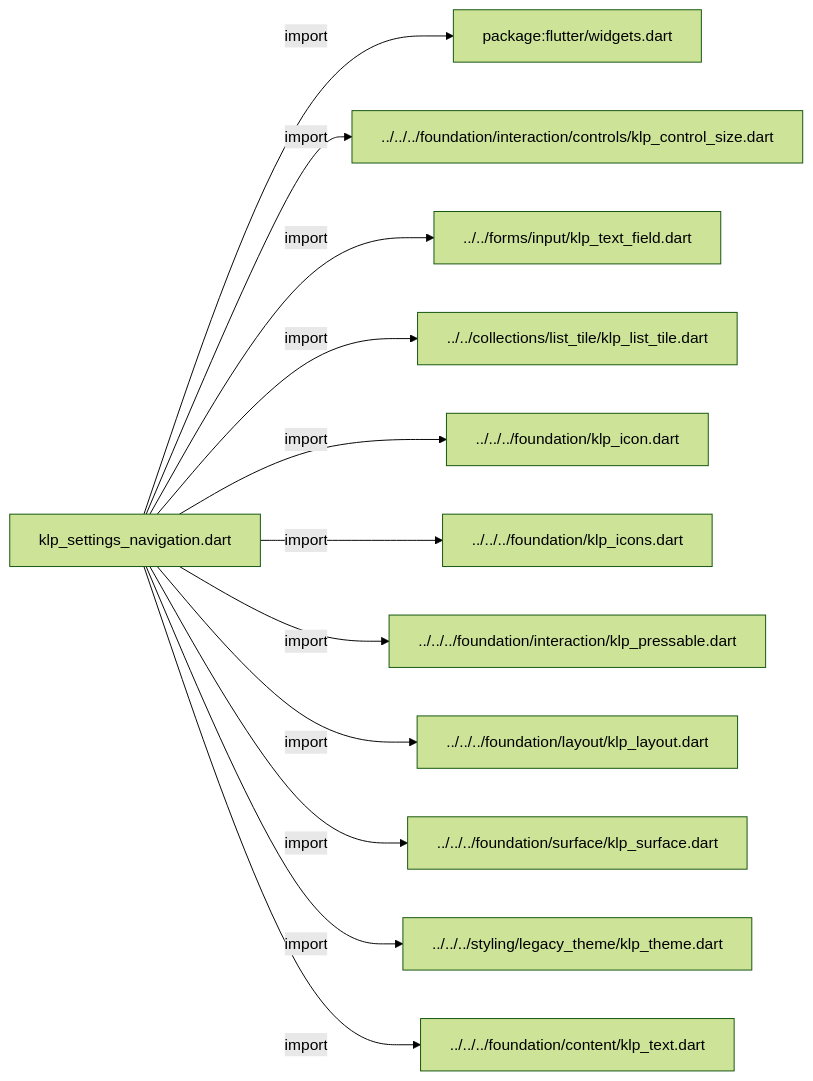
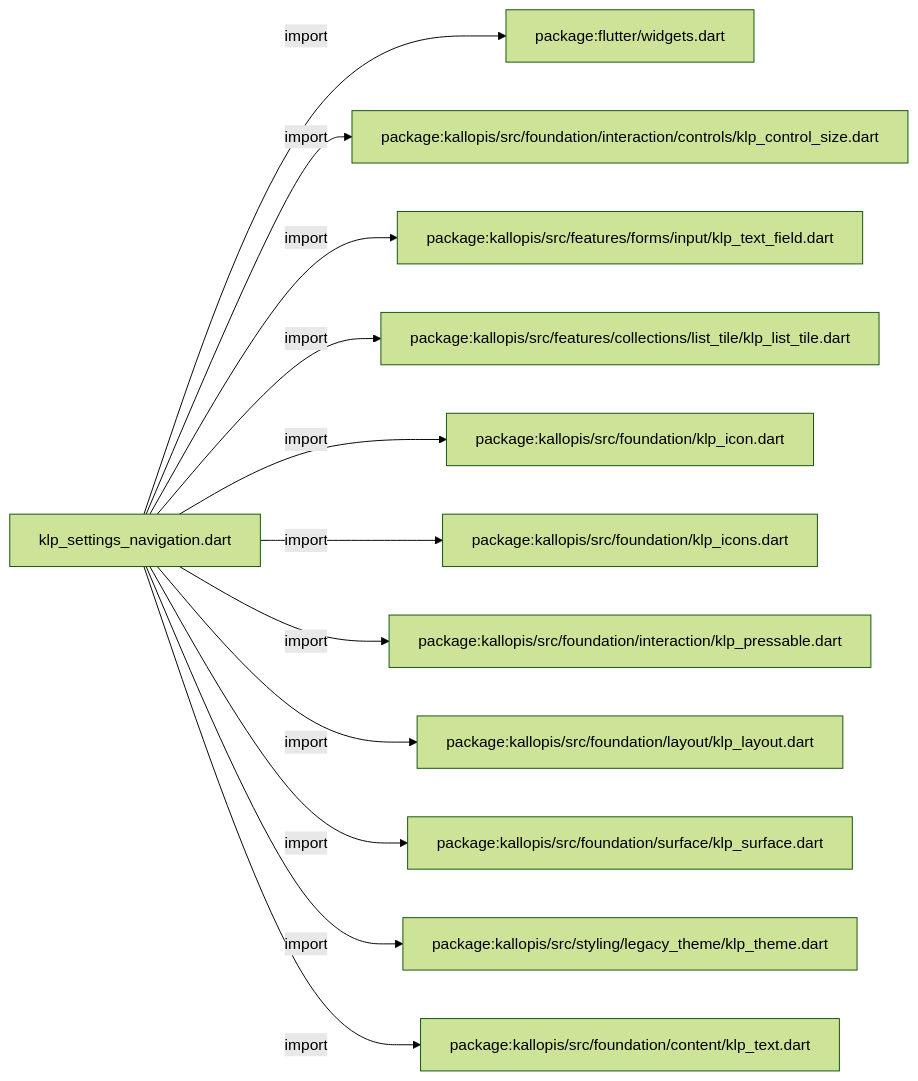
One commit to MiuDog/Kallopis changed the first of 2 diagrams in docs/architecture/src/features/workspace/settings/klp_settings_navigation.md. Above: the diagram before and after it, drawn with Mermaid (forest theme). The commit also changed other lines of this file and 9688 other files, not shown here.

Commit message:
Prepare isolated Flow F2 peer baseline

````diff
--- a/docs/architecture/src/features/workspace/settings/klp_settings_navigation.md
+++ b/docs/architecture/src/features/workspace/settings/klp_settings_navigation.md
@@ -11,26 +11,26 @@
 ```mermaid
 flowchart LR
 	n0["klp_settings_navigation.dart"]
 	n1["package:flutter/widgets.dart"]
-	n2["../../../foundation/interaction/controls/klp_control_size.dart"]
-	n3["../../forms/input/klp_text_field.dart"]
-	n4["../../collections/list_tile/klp_list_tile.dart"]
-	n5["../../../foundation/klp_icon.dart"]
-	n6["../../../foundation/klp_icons.dart"]
-	n7["../../../foundation/interaction/klp_pressable.dart"]
-	n8["../../../foundation/layout/klp_layout.dart"]
-	n9["../../../foundation/surface/klp_surface.dart"]
-	n10["../../../styling/legacy_theme/klp_theme.dart"]
-	n11["../../../foundation/content/klp_text.dart"]
+	n2["package:kallopis/src/foundation/interaction/controls/klp_control_size.dart"]
+	n3["package:kallopis/src/features/forms/input/klp_text_field.dart"]
+	n4["package:kallopis/src/features/collections/list_tile/klp_list_tile.dart"]
+	n5["package:kallopis/src/foundation/klp_icon.dart"]
+	n6["package:kallopis/src/foundation/klp_icons.dart"]
+	n7["package:kallopis/src/foundation/interaction/klp_pressable.dart"]
+	n8["package:kallopis/src/foundation/layout/klp_layout.dart"]
+	n9["package:kallopis/src/foundation/surface/klp_surface.dart"]
+	n10["package:kallopis/src/styling/legacy_theme/klp_theme.dart"]
+	n11["package:kallopis/src/foundation/content/klp_text.dart"]
 	n0 -->|"import"| n1
 	n0 -->|"import"| n2
 	n0 -->|"import"| n3
 	n0 -->|"import"| n4
 	n0 -->|"import"| n5
 	n0 -->|"import"| n6
 	n0 -->|"import"| n7
 	n0 -->|"import"| n8
 	n0 -->|"import"| n9
 	n0 -->|"import"| n10
 	n0 -->|"import"| n11
 ```
````
